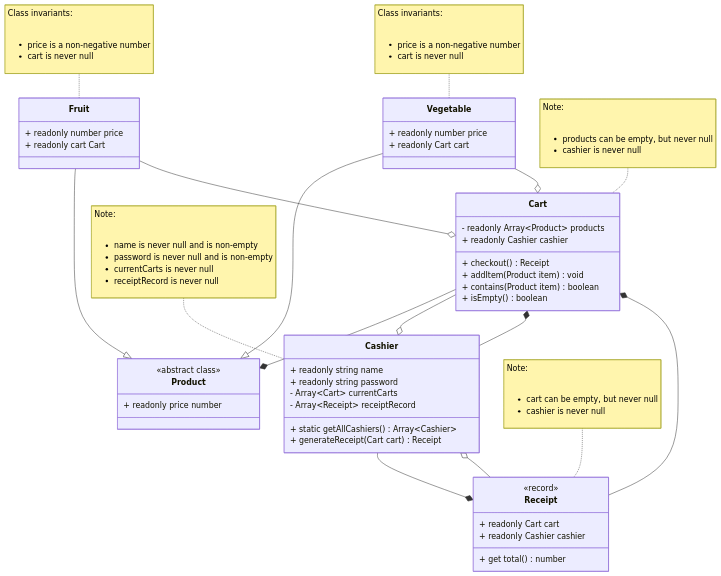
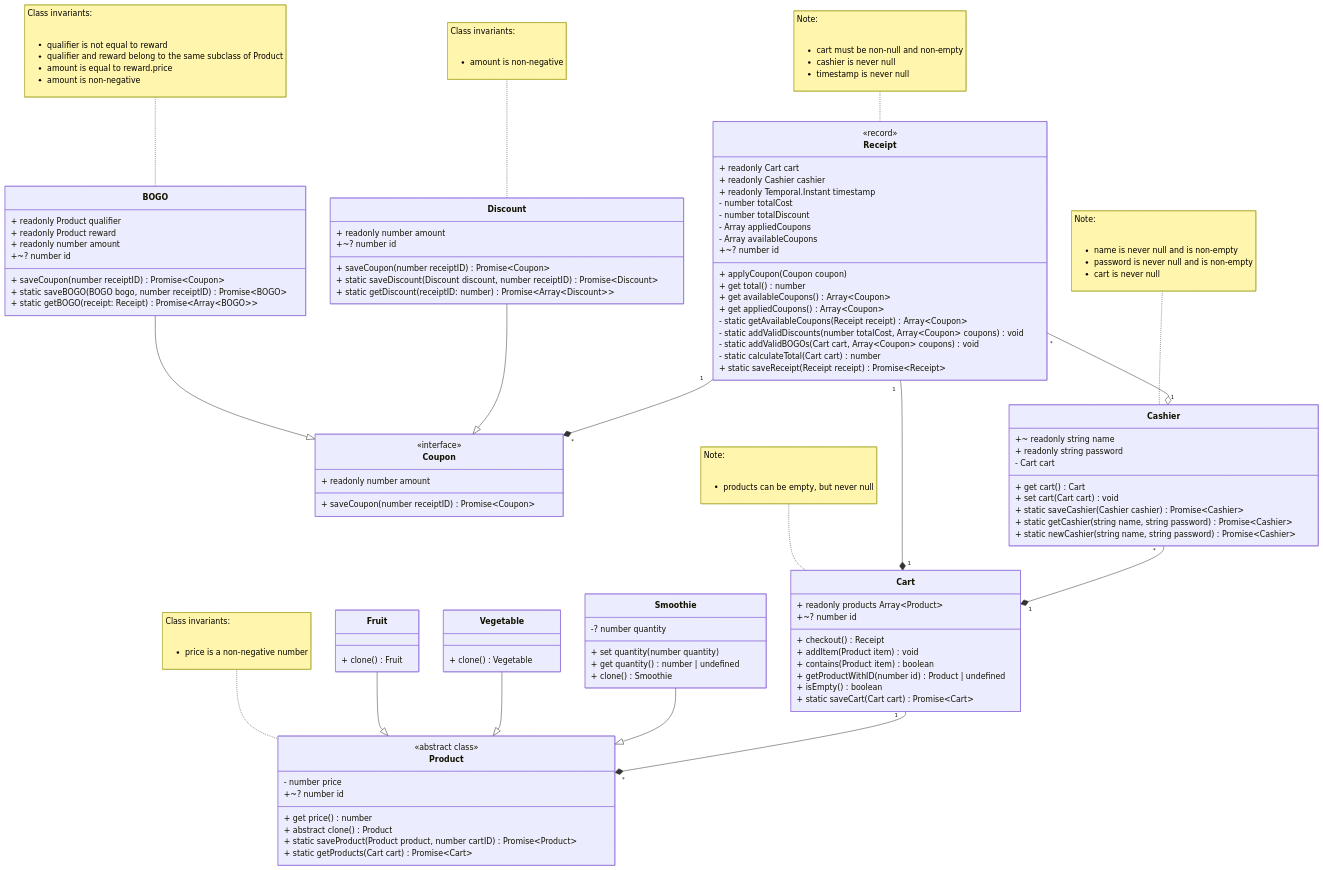
One commit to Bilal-Shoaib/2452-Project changed the diagram in domain.md. Above: the diagram before and after it, drawn with Mermaid. The commit also changed other lines of this file and 26 other files, not shown here.

First line of the commit message:
Changelog: 1. persisting receipts 2. added coupons (bogo & discount) 3. added smoothie product 4. proper factory and product list 5. encrypting passwords after input 6. updated documentation

````diff
--- a/domain.md
+++ b/domain.md
@@ -10,84 +10,157 @@
 classDiagram
     class Product {
         <<abstract class>>
-        + readonly price number
+        - number price
+
+        +~? number id
+
+        + get price() number
+        + abstract clone() Product
+
+        + static saveProduct(Product product, number cartID) Promise~Product~
+        + static getProducts(Cart cart) Promise~Cart~
+    }
+    note for Product "Class invariants: <ul>
+    <li> price is a non-negative number
+    </ul>"
+
+    class Fruit {
+        + clone() Fruit
+    }
+    
+    class Vegetable {
+        + clone() Vegetable
     }
 
-    class Fruit {
-        + readonly number price
-        + readonly cart Cart
+    class Smoothie {
+        -? number quantity
+
+        + set quantity(number quantity)
+        + get quantity() number | undefined
+        + clone() Smoothie
     }
-    note for Fruit "Class invariants: <ul>
-    <li> price is a non-negative number
-    <li> cart is never null
+
+    class Coupon {
+        <<interface>>
+        + readonly number amount
+        + saveCoupon(number receiptID) Promise~Coupon~
+    }
+
+    class BOGO {
+        + readonly Product qualifier
+        + readonly Product reward
+        + readonly number amount
+
+        +~? number id
+
+        + saveCoupon(number receiptID) Promise~Coupon~
+
+        + static saveBOGO(BOGO bogo, number receiptID) Promise~BOGO~
+        + static getBOGO(receipt: Receipt) Promise~Array~BOGO~~
+    }
+    note for BOGO "Class invariants: <ul>
+    <li> qualifier is not equal to reward
+    <li> qualifier and reward belong to the same subclass of Product
+    <li> amount is equal to reward.price
+    <li> amount is non-negative
     </ul>"
-    
-    class Vegetable {
-        + readonly number price
-        + readonly Cart cart
+
+    class Discount {
+        + readonly number amount
+
+        +~? number id
+
+        + saveCoupon(number receiptID) Promise~Coupon~
+
+        + static saveDiscount(Discount discount, number receiptID) Promise~Discount~
+        + static getDiscount(receiptID: number) Promise~Array~Discount~~
     }
-    note for Vegetable "Class invariants: <ul>
-    <li> price is a non-negative number
-    <li> cart is never null
+    note for Discount "Class invariants: <ul>
+    <li> amount is non-negative
     </ul>"
 
     class Cart {
-        - readonly Array~Product~ products
-        + readonly Cashier cashier
+        + readonly products Array~Product~
+
+        +~? number id
 
         + checkout() Receipt
         + addItem(Product item) void
         + contains(Product item) boolean
+        + getProductWithID(number id) Product | undefined
         + isEmpty() boolean
+
+        + static saveCart(Cart cart) Promise~Cart~
     }
     note for Cart "Note: <ul>
     <li> products can be empty, but never null
-    <li> cashier is never null
     </ul>"
     
     class Receipt {
         <<record>>
         + readonly Cart cart
         + readonly Cashier cashier
+        + readonly Temporal.Instant timestamp
+        
+        - number totalCost
+        - number totalDiscount
+
+        - Array<Coupon> appliedCoupons
+        - Array<Coupon> availableCoupons
+        
+        +~? number id
+
+        + applyCoupon(Coupon coupon)
 
         + get total() number
+        + get availableCoupons() Array~Coupon~
+        + get appliedCoupons() Array~Coupon~
+
+        - static getAvailableCoupons(Receipt receipt) Array~Coupon~
+        - static addValidDiscounts(number totalCost, Array~Coupon~ coupons) void
+        - static addValidBOGOs(Cart cart, Array~Coupon~ coupons) void
+        - static calculateTotal(Cart cart) number
+
+        + static saveReceipt(Receipt receipt) Promise~Receipt~
     }
     note for Receipt "Note: <ul>
-    <li> cart can be empty, but never null
+    <li> cart must be non-null and non-empty
     <li> cashier is never null
+    <li> timestamp is never null
     </ul>"
 
     class Cashier {
-        + readonly string name
+        +~ readonly string name
         + readonly string password
 
-        - Array~Cart~ currentCarts
-        - Array~Receipt~ receiptRecord
+        - Cart cart
 
-        + static getAllCashiers() Array~Cashier~
-        + generateReceipt(Cart cart) Receipt
+        + get cart() Cart
+        + set cart(Cart cart) void
+
+        + static saveCashier(Cashier cashier) Promise~Cashier~
+        + static getCashier(string name, string password) Promise~Cashier~
+        + static newCashier(string name, string password) Promise~Cashier~
     }
     note for Cashier "Note: <ul>
     <li> name is never null and is non-empty
     <li> password is never null and is non-empty
-
-    <li> currentCarts is never null
-    <li> receiptRecord is never null
+    <li> cart is never null
     </ul>"
 
 %%%%%%%%%%%%%%%%%%%%%%%%%%%%%%%%%%%%%%%%%%%%% Specifications %%%%%%%%%%%%%%%%%%%%%%%%%%%%%%%%%%%%%%%%%%%%%
     Fruit --|> Product
     Vegetable --|> Product
+    Smoothie --|> Product
+
+    BOGO --|> Coupon
+    Discount --|> Coupon
 %%%%%%%%%%%%%%%%%%%%%%%%%%%%%%%%%%%%%%%%%%%%%% Relationships %%%%%%%%%%%%%%%%%%%%%%%%%%%%%%%%%%%%%%%%%%%%%
-    Fruit --o Cart
-    Vegetable --o Cart
 
-    Cart --* Product
-    Cart --o Cashier
+    Cart "1" --* "*" Product
     
-    Receipt --* Cart
-    Receipt --o Cashier
-    
-    Cashier --* Cart
-    Cashier --* Receipt
+    Receipt "1" --* "1" Cart
+    Receipt "1" --* "*" Coupon 
+    Receipt "*" --o "1" Cashier   
+    Cashier "*" --* "1" Cart
 ```
````
